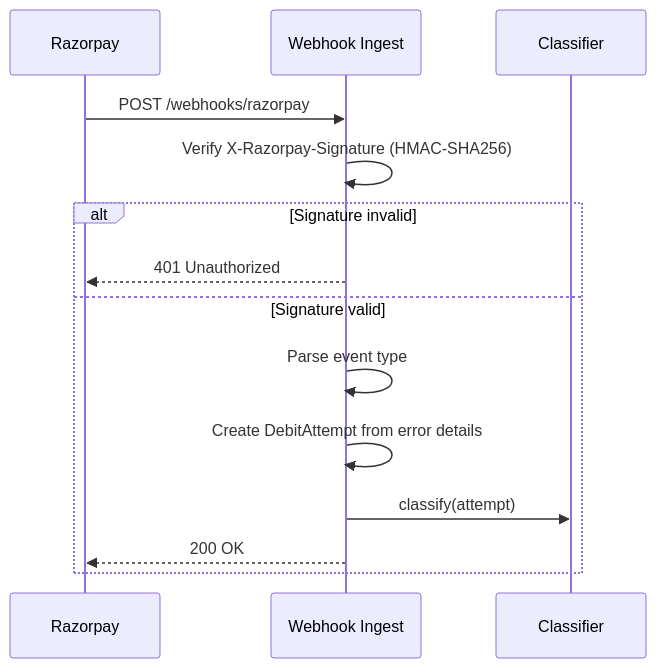
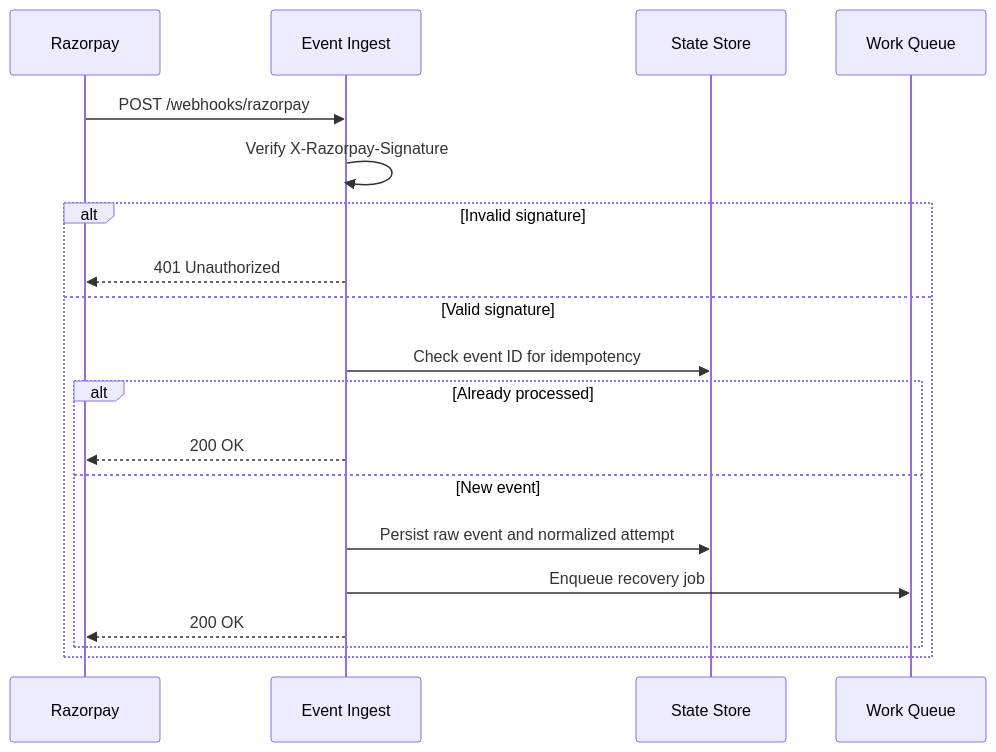
Before and after one commit to kundanjan/mandate-doctor: the fourth of 6 diagrams in docs/architecture.md, drawn with Mermaid. The commit also changed other lines of this file, not shown here.

Commit message:
docs: define evidence-bound recovery architecture

````diff
--- a/docs/architecture.md
+++ b/docs/architecture.md
@@ -113,17 +221,22 @@
 ```mermaid
 sequenceDiagram
     participant R as Razorpay
-    participant W as Webhook Ingest
-    participant C as Classifier
+    participant I as Event Ingest
+    participant S as State Store
+    participant W as Work Queue
 
-    R->>W: POST /webhooks/razorpay
-    W->>W: Verify X-Razorpay-Signature (HMAC-SHA256)
-    alt Signature invalid
-        W-->>R: 401 Unauthorized
-    else Signature valid
-        W->>W: Parse event type
-        W->>W: Create DebitAttempt from error details
-        W->>C: classify(attempt)
-        W-->>R: 200 OK
+    R->>I: POST /webhooks/razorpay
+    I->>I: Verify X-Razorpay-Signature
+    alt Invalid signature
+        I-->>R: 401 Unauthorized
+    else Valid signature
+        I->>S: Check event ID for idempotency
+        alt Already processed
+            I-->>R: 200 OK
+        else New event
+            I->>S: Persist raw event and normalized attempt
+            I->>W: Enqueue recovery job
+            I-->>R: 200 OK
+        end
     end
 ```
````
